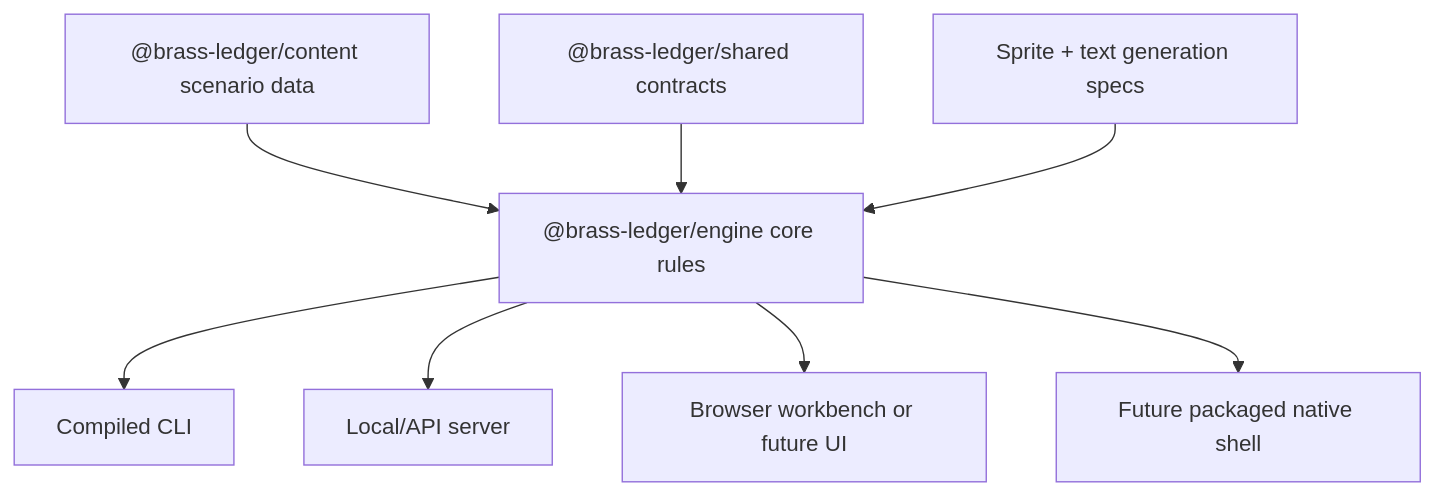
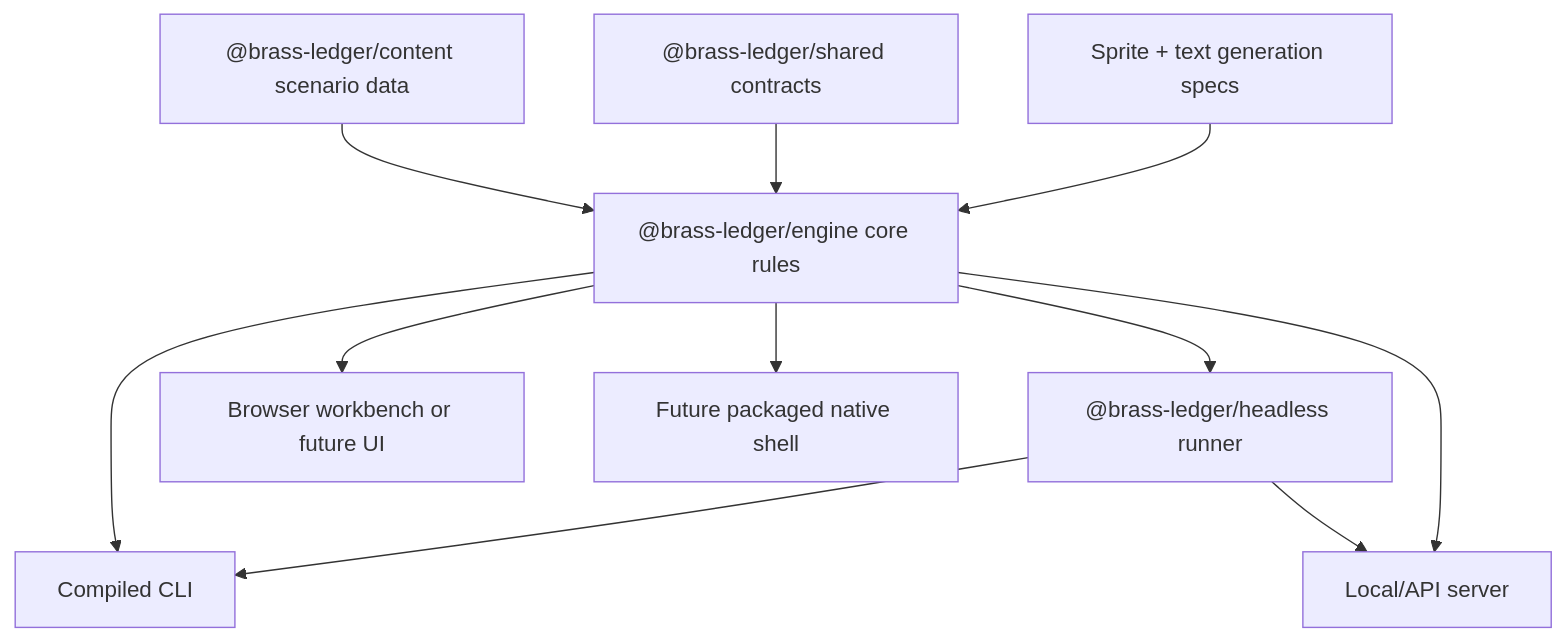
The diagram in Brass Ledge Documentation/POTATO/compiled-engine-roadmap.md (Joncallim/brass-ledger), drawn with Mermaid before and after one commit. The commit also changed other lines of this file and 25 other files, not shown here.

````diff
--- a/Brass Ledge Documentation/POTATO/compiled-engine-roadmap.md
+++ b/Brass Ledge Documentation/POTATO/compiled-engine-roadmap.md
@@ -33,10 +42,13 @@
 ```mermaid
 flowchart TD
   Engine["@brass-ledger/engine core rules"] --> CLI["Compiled CLI"]
+  Engine --> Headless["@brass-ledger/headless runner"]
+  Headless --> CLI
+  Headless --> Server
   Engine --> Server["Local/API server"]
   Engine --> Browser["Browser workbench or future UI"]
   Engine --> Native["Future packaged native shell"]
   Content["@brass-ledger/content scenario data"] --> Engine
   Shared["@brass-ledger/shared contracts"] --> Engine
   Assets["Sprite + text generation specs"] --> Engine
 ```
````
